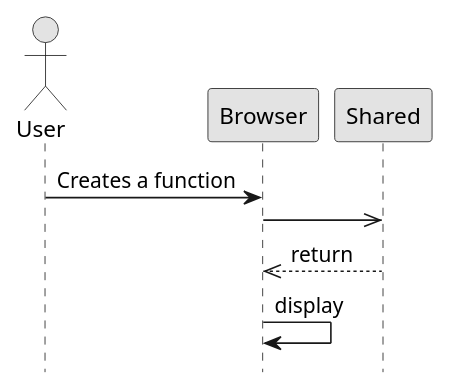
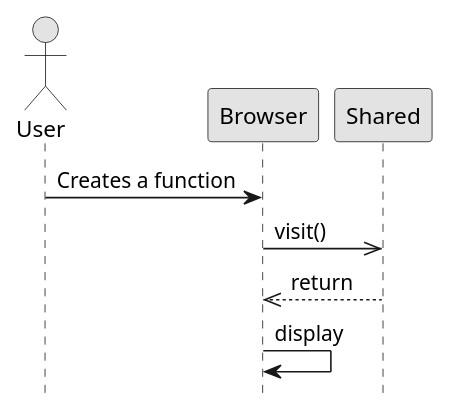
One commit to Fuel4us/EventManagingApp changed the diagram in docs/red/1161140/sp3/analysis.puml. Above: the diagram before and after it, drawn with PlantUML. The commit also changed 5 other files, not shown here.

```diff
--- a/docs/red/1161140/sp3/analysis.puml
+++ b/docs/red/1161140/sp3/analysis.puml
@@ -1,15 +1,15 @@
 @startuml analysis
 
 skinparam monochrome true
 skinparam shadowing false
 hide footbox
 
 actor User
 
 User -> Browser : Creates a function
-Browser ->> Shared :
+Browser ->> Shared : visit()
 
 Shared -->> Browser : return
 Browser -> Browser : display
 
 @enduml
```
